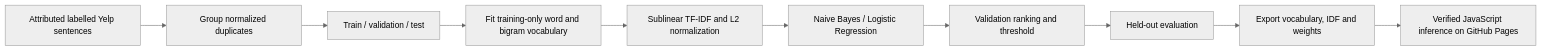
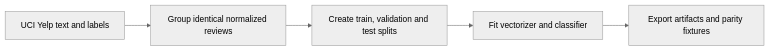
The third of 6 diagrams in README.md (subhashdixit/restaurant-review-classifier), drawn with Mermaid (neutral theme) before and after one commit. The commit also changed other lines of this file and 1 other file, not shown here.

Commit message:
Document project architecture and add app screenshot (#4)

````diff
--- a/README.md
+++ b/README.md
@@ -28,12 +62,4 @@
 ```mermaid
 flowchart LR
- A[Attributed labelled Yelp sentences] --> B[Group normalized duplicates]
- B --> C[Train / validation / test]
- C --> D[Fit training-only word and bigram vocabulary]
- D --> E[Sublinear TF-IDF and L2 normalization]
- E --> F[Naive Bayes / Logistic Regression]
- F --> G[Validation ranking and threshold]
- G --> H[Held-out evaluation]
- H --> I[Export vocabulary, IDF and weights]
- I --> J[Verified JavaScript inference on GitHub Pages]
+    A["UCI Yelp text and labels"] --> B["Group identical normalized reviews"] --> C["Create train, validation and test splits"] --> D["Fit vectorizer and classifier"] --> E["Export artifacts and parity fixtures"]
 ```
````
